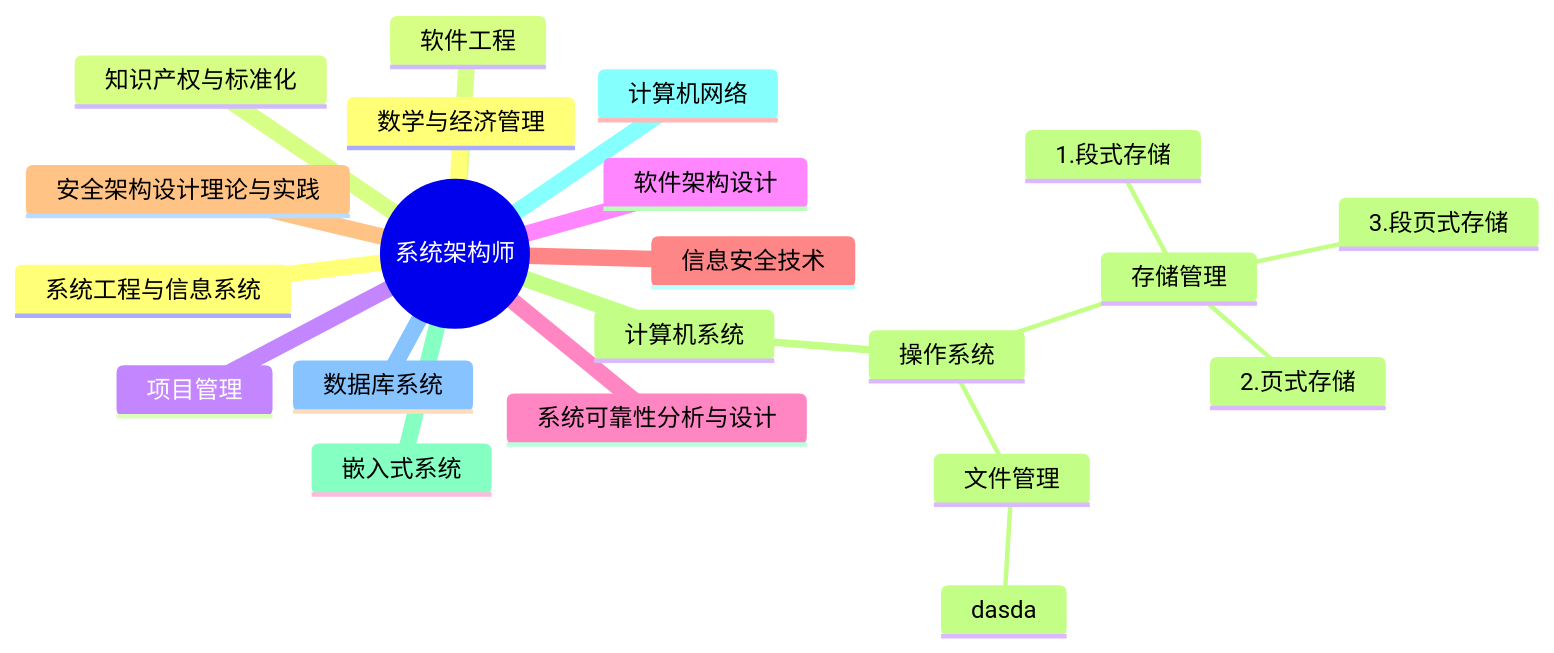
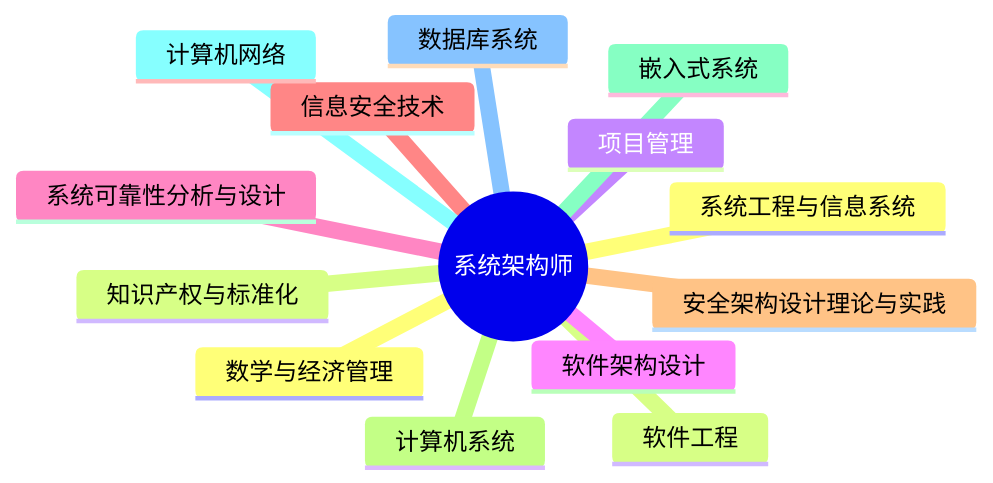
One commit to AaronYang0628/docs changed the diagram in content/RuanKao/_index.md. Above: the diagram before and after it, drawn with Mermaid. The commit also changed other lines of this file and 11 other files, not shown here.

````diff
--- a/content/RuanKao/_index.md
+++ b/content/RuanKao/_index.md
@@ -8,25 +8,17 @@
 ```mermaid
 mindmap
   root((系统架构师))
     系统工程与信息系统
     软件工程
     项目管理
     软件架构设计
     系统可靠性分析与设计
     信息安全技术
     安全架构设计理论与实践
     计算机系统
-      操作系统
-      ::icon(fa fa-book)
-        存储管理
-          1.段式存储
-          2.页式存储
-          3.段页式存储
-        文件管理
-          dasda
     嵌入式系统
     计算机网络
     数据库系统
     数学与经济管理
     知识产权与标准化
 ```
````
